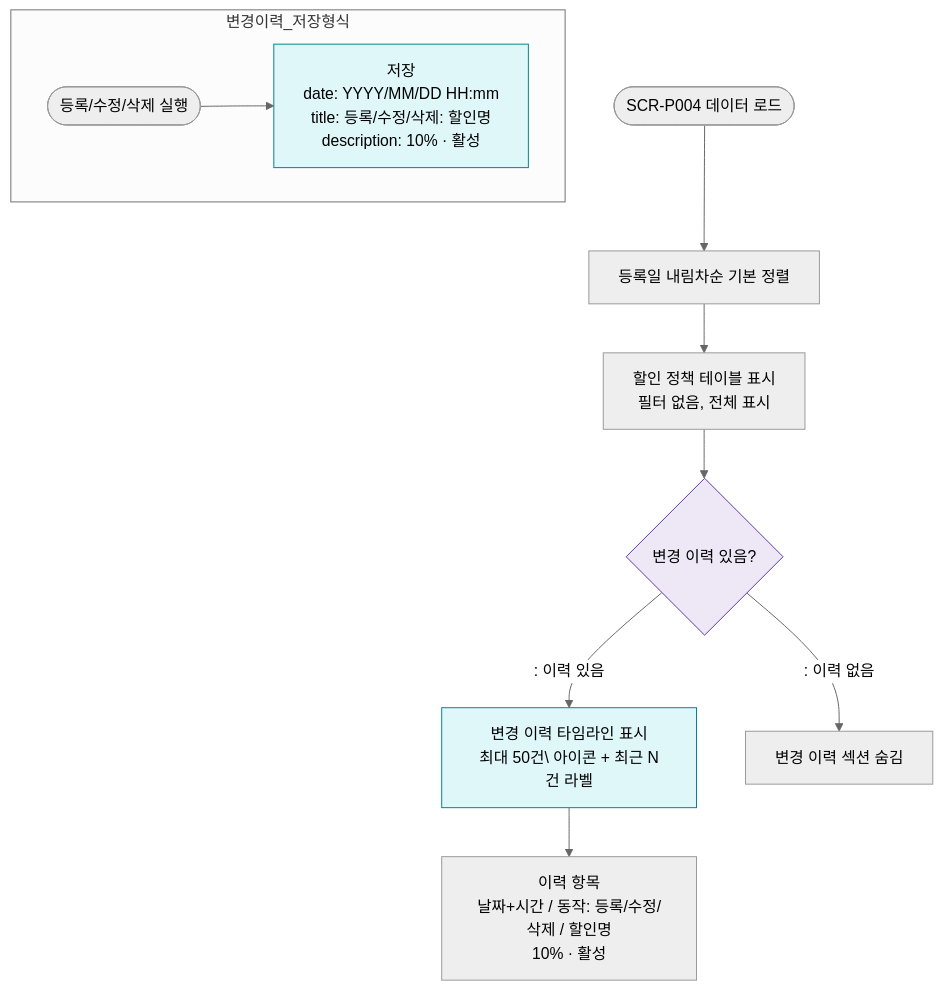
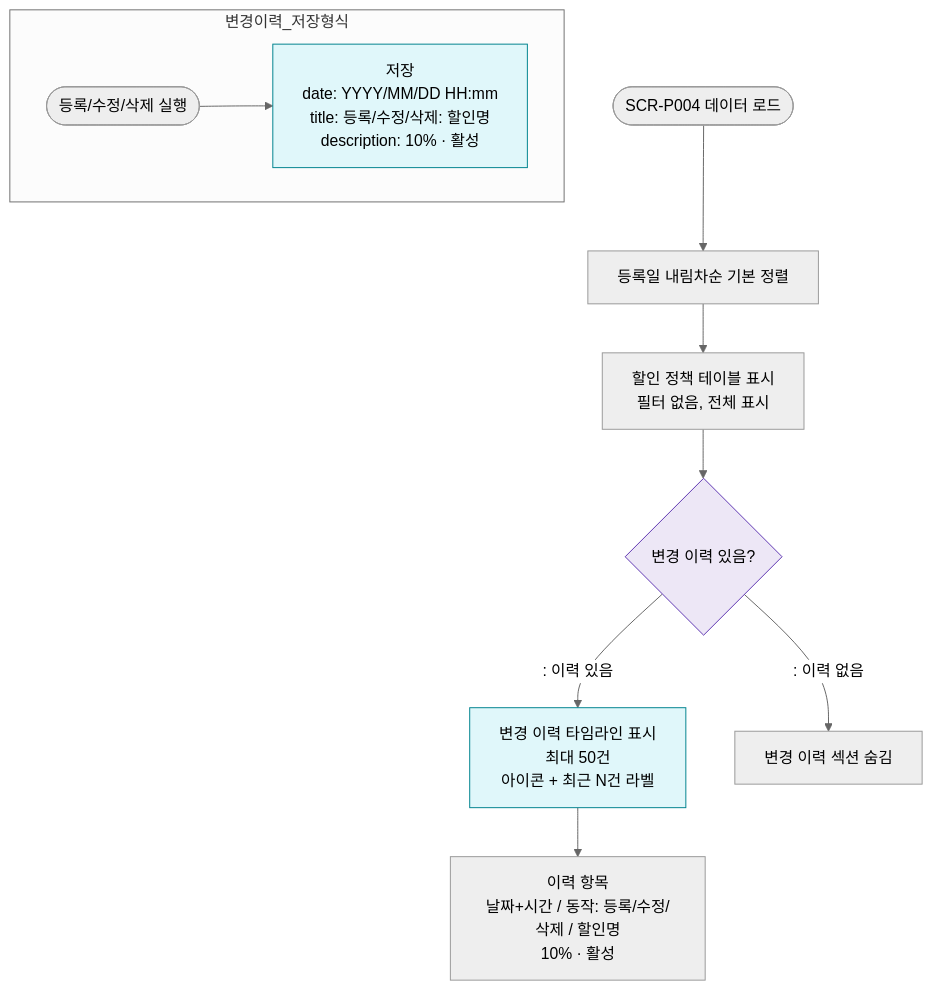
Before and after one commit to dev-spogym/admin-pando: the diagram in docs/admin/다이어그램/D05_상품관리/SCR-P004_할인설정/F4_필터검색정렬.md, drawn with Mermaid (neutral theme). The commit also changed 369 other files, not shown here.

````diff
--- a/docs/admin/다이어그램/D05_상품관리/SCR-P004_할인설정/F4_필터검색정렬.md
+++ b/docs/admin/다이어그램/D05_상품관리/SCR-P004_할인설정/F4_필터검색정렬.md
@@ -17,20 +17,20 @@
 ```mermaid
 flowchart TD
     START([SCR-P004 데이터 로드]) --> Sort[등록일 내림차순 기본 정렬]
     Sort --> Table[할인 정책 테이블 표시\n필터 없음, 전체 표시]
 
     Table --> HistoryCheck{변경 이력 있음?}
-    HistoryCheck -->|": 이력 있음"|Timeline[변경 이력 타임라인 표시\n최대 50건\ 아이콘 + 최근 N건 라벨]
+    HistoryCheck -->|": 이력 있음"|Timeline[변경 이력 타임라인 표시\n최대 50건<br/> 아이콘 + 최근 N건 라벨]
     HistoryCheck -->|": 이력 없음"|NoTimeline[변경 이력 섹션 숨김]
 
     Timeline --> HistItem[이력 항목\n날짜+시간 / 동작: 등록/수정/삭제 / 할인명\n10% · 활성]
 
     subgraph 변경이력_저장형식
         SAVE_ACTION([등록/수정/삭제 실행]) --> LocalSave[저장\ndate: YYYY/MM/DD HH:mm\ntitle: 등록/수정/삭제: 할인명\ndescription: 10% · 활성]
     end
 
     classDef system fill:#EDE7F6,stroke:#5E35B2
     classDef info fill:#E0F7FA,stroke:#00838F
     class HistoryCheck system
     class Timeline,LocalSave info
 ```
````
